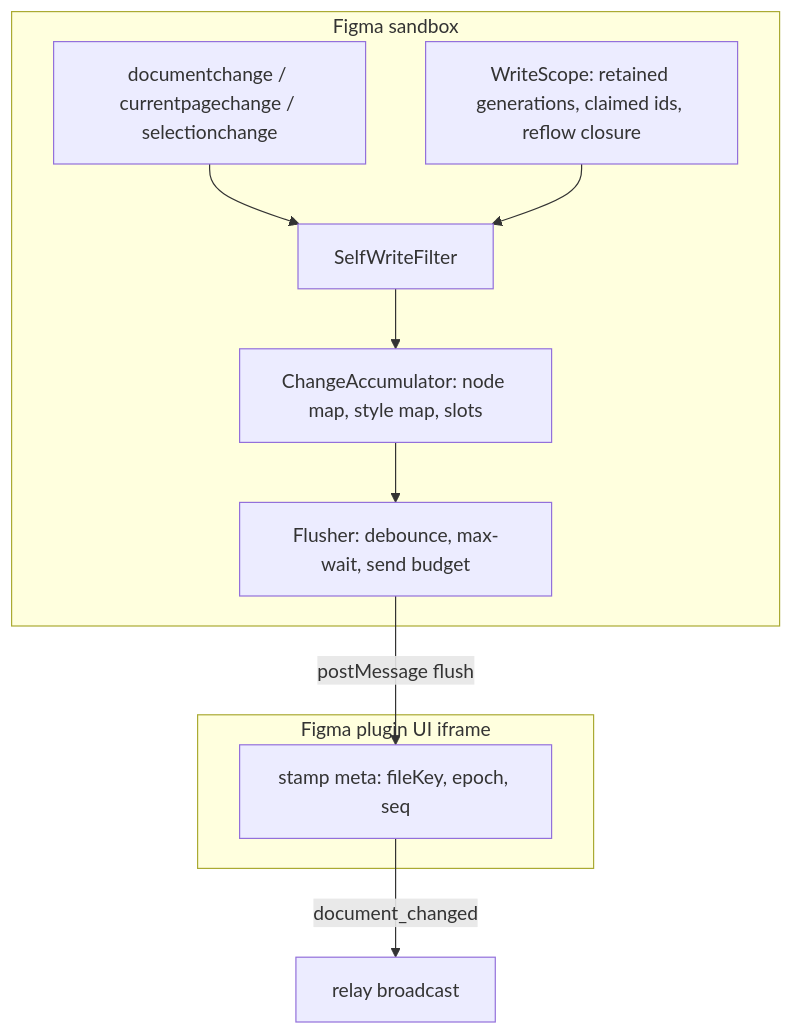
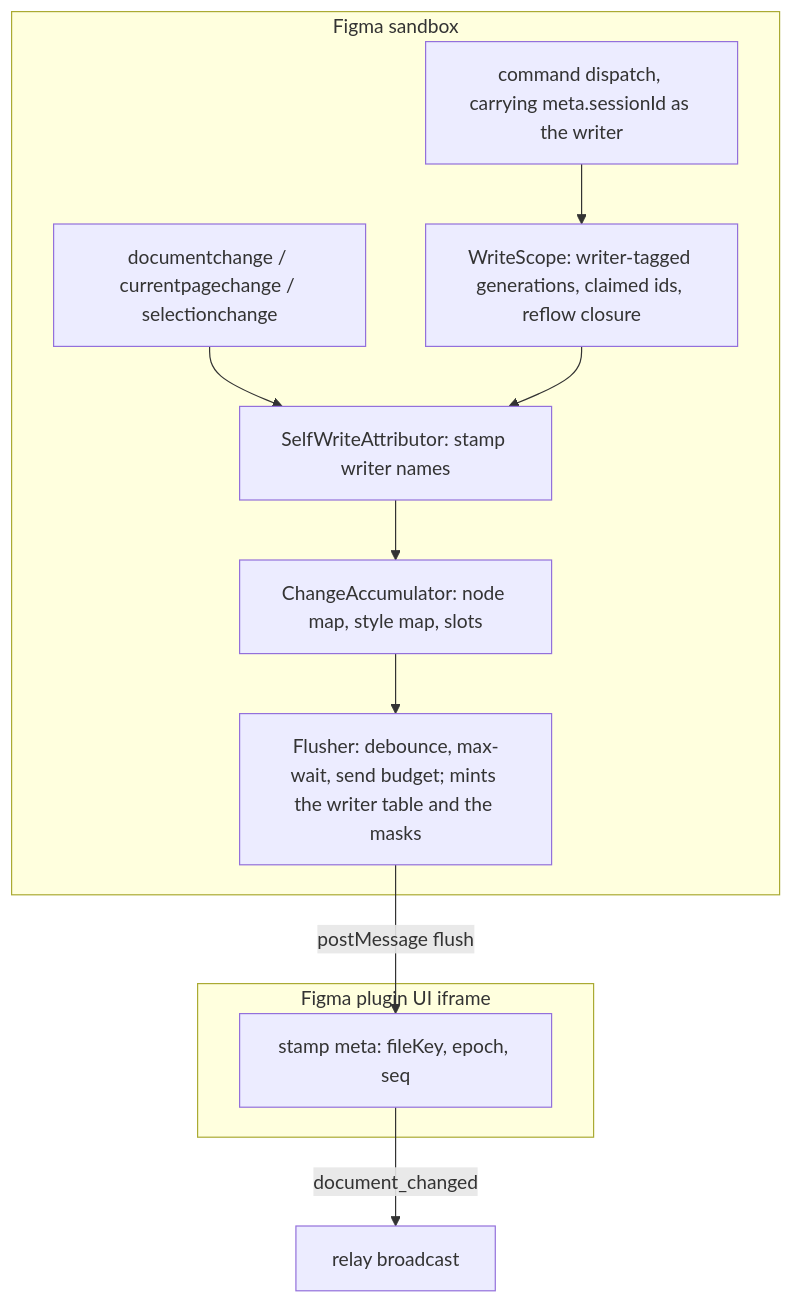
The first of 2 diagrams in docs/specs/change-feed.md (yleilu/figma-agent-bridge), drawn with Mermaid before and after one commit. The commit also changed other lines of this file, not shown here.

````diff
--- a/docs/specs/change-feed.md
+++ b/docs/specs/change-feed.md
@@ -257,19 +466,21 @@
 ```mermaid
 flowchart TB
     subgraph Sandbox["Figma sandbox"]
+        CMD["command dispatch, carrying meta.sessionId as the writer"]
         EV["documentchange / currentpagechange / selectionchange"]
-        WS["WriteScope: retained generations, claimed ids, reflow closure"]
-        FL["SelfWriteFilter"]
+        WS["WriteScope: writer-tagged generations, claimed ids, reflow closure"]
+        FL["SelfWriteAttributor: stamp writer names"]
         AC["ChangeAccumulator: node map, style map, slots"]
-        FLUSH["Flusher: debounce, max-wait, send budget"]
+        FLUSH["Flusher: debounce, max-wait, send budget; mints the writer table and the masks"]
     end
     subgraph UI["Figma plugin UI iframe"]
         ST["stamp meta: fileKey, epoch, seq"]
     end
+    CMD --> WS
     EV --> FL
     WS --> FL
     FL --> AC
     AC --> FLUSH
     FLUSH -->|postMessage flush| ST
     ST -->|document_changed| Relay["relay broadcast"]
 ```
````
